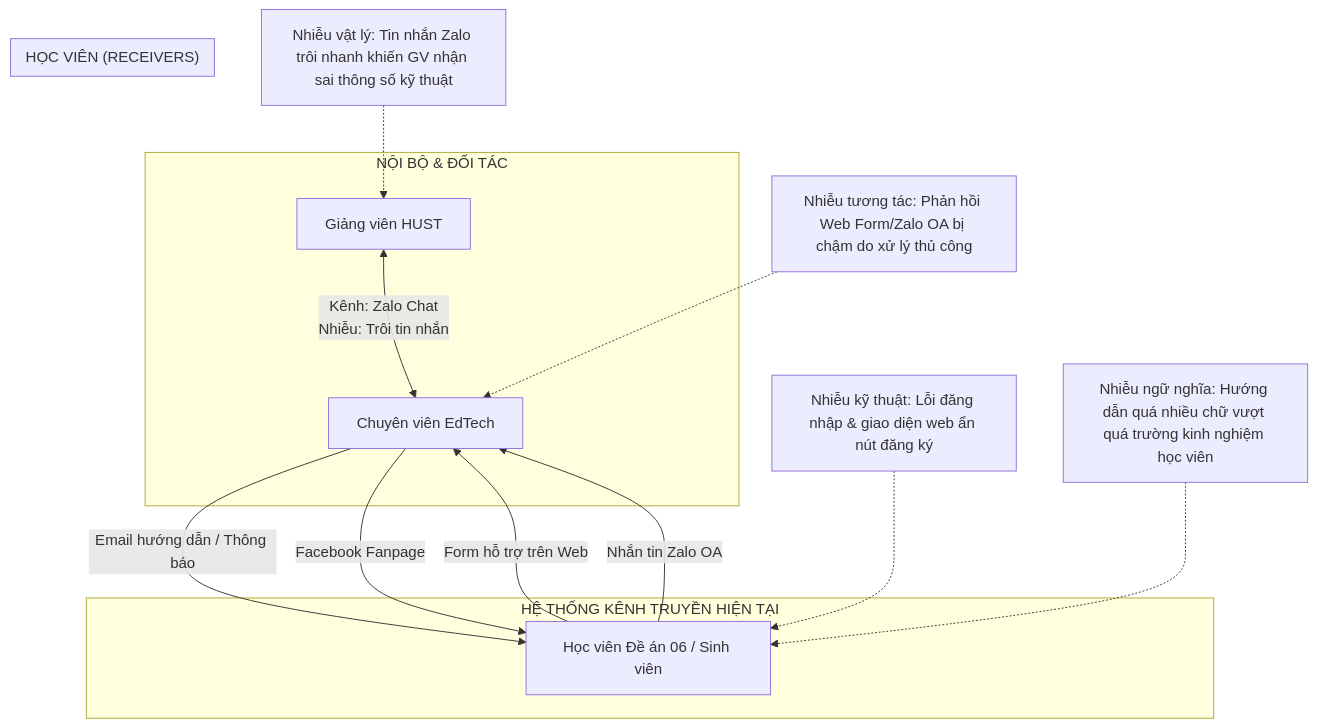
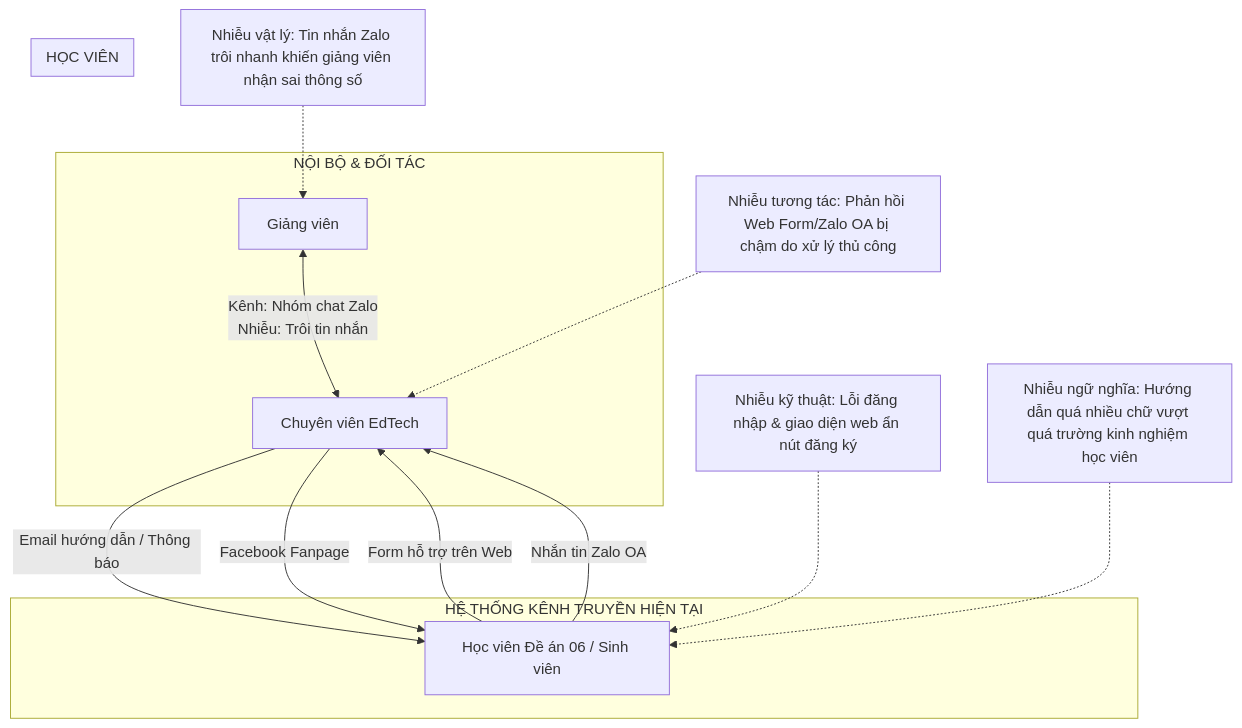
One commit to hungs1609/nguyenlh changed the diagram in khoahoctruyenthong/san_pham_giao_nop/bao_cao/04_phan_tich_he_thong.md. Above: the diagram before and after it, drawn with Mermaid. The commit also changed other lines of this file and 29 other files, not shown here.

````diff
--- a/khoahoctruyenthong/san_pham_giao_nop/bao_cao/04_phan_tich_he_thong.md
+++ b/khoahoctruyenthong/san_pham_giao_nop/bao_cao/04_phan_tich_he_thong.md
@@ -31,23 +31,23 @@
 ```mermaid
 graph TD
     subgraph "NỘI BỘ & ĐỐI TÁC"
-        GV[Giảng viên HUST] <-->|Kênh: Zalo Chat<br>Nhiễu: Trôi tin nhắn| EdTech[Chuyên viên EdTech]
+        GV[Giảng viên] <-->|Kênh: Nhóm chat Zalo<br>Nhiễu: Trôi tin nhắn| EdTech[Chuyên viên EdTech]
     end
 
     subgraph "HỆ THỐNG KÊNH TRUYỀN HIỆN TẠI"
         EdTech -->|Email hướng dẫn / Thông báo| HV
         EdTech -->|Facebook Fanpage| HV
         HV -->|Form hỗ trợ trên Web| EdTech
         HV -->|Nhắn tin Zalo OA| EdTech
     end
 
-    subgraph "HỌC VIÊN (RECEIVERS)"
+    subgraph "HỌC VIÊN"
         HV[Học viên Đề án 06 / Sinh viên]
     end
 
-    %% Đánh dấu điểm nhiễu (Noise)
-    Noise1[Nhiễu vật lý: Tin nhắn Zalo trôi nhanh khiến GV nhận sai thông số kỹ thuật] -.-> GV
+    %% Đánh dấu điểm nhiễu
+    Noise1[Nhiễu vật lý: Tin nhắn Zalo trôi nhanh khiến giảng viên nhận sai thông số] -.-> GV
     Noise2[Nhiễu kỹ thuật: Lỗi đăng nhập & giao diện web ẩn nút đăng ký] -.-> HV
     Noise3[Nhiễu tương tác: Phản hồi Web Form/Zalo OA bị chậm do xử lý thủ công] -.-> EdTech
     Noise4[Nhiễu ngữ nghĩa: Hướng dẫn quá nhiều chữ vượt quá trường kinh nghiệm học viên] -.-> HV
 ```
````
